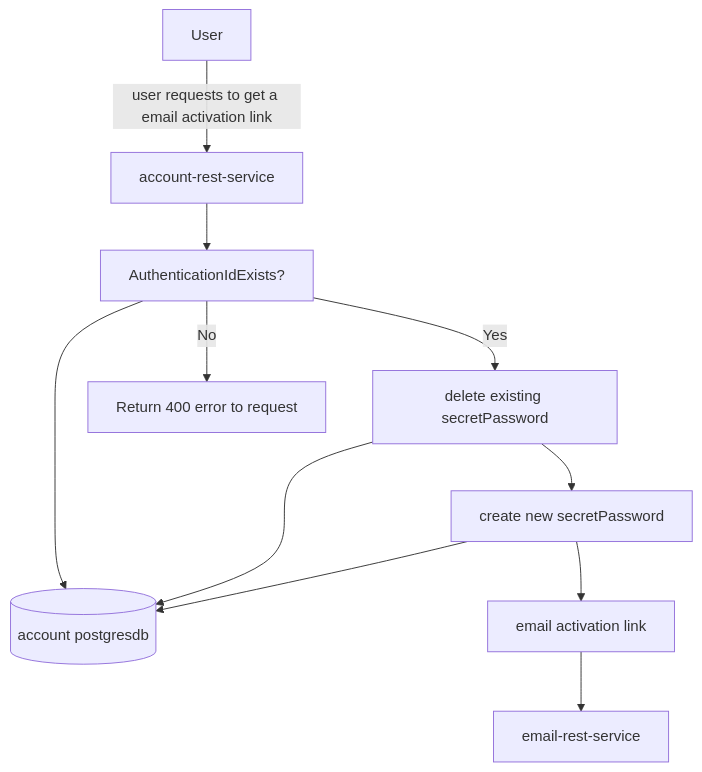
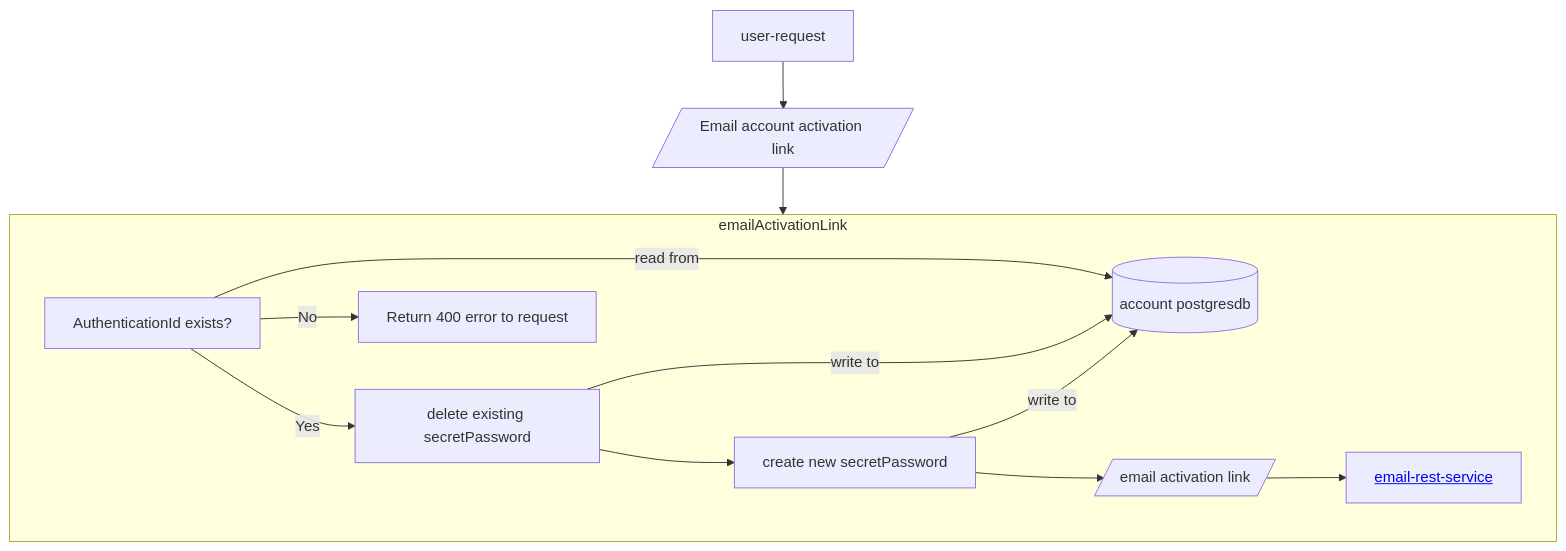
The third of 8 diagrams in README.md (sonamsamdupkhangsar/account-rest-service), drawn with Mermaid before and after one commit. The commit also changed other lines of this file, not shown here.

````diff
--- a/README.md
+++ b/README.md
@@ -112,13 +110,16 @@
 ```mermaid
 flowchart TD
-  User --"user requests to get a email activation link"--> account-rest-service
-  account-rest-service --> validateAuthenticationIdExists["AuthenticationIdExists?"]
-  validateAuthenticationIdExists --> accountDb[(account postgresdb)]
+  User[user-request] -->UserEmailActivationLink[/Email account activation link/]--> account-rest-service
+  
+  subgraph account-rest-service[emailActivationLink]
+  validateAuthenticationIdExists["AuthenticationId exists?"]
+  validateAuthenticationIdExists --"read from"--> accountDb[(account postgresdb)]
   validateAuthenticationIdExists -->|Yes| deleteAnySecretPassword["delete existing secretPassword"]
-  deleteAnySecretPassword --> accountDb
+  deleteAnySecretPassword --"write to"--> accountDb
   validateAuthenticationIdExists -->|No| ReturnError[Return 400 error to request]
   deleteAnySecretPassword --> createNewSecretPassword["create new secretPassword"]
-  createNewSecretPassword --> accountDb
-  createNewSecretPassword --> emailActivationLink["email activation link"]
-  emailActivationLink --> email-rest-service                  
+  createNewSecretPassword --"write to"--> accountDb
+  createNewSecretPassword --> emailActivationLink[/email activation link/]
+  emailActivationLink --> email-rest-service[<a href='https://github.com/sonamsamdupkhangsar/email-rest-service'>email-rest-service</>]    
+  end              
 ```
````
